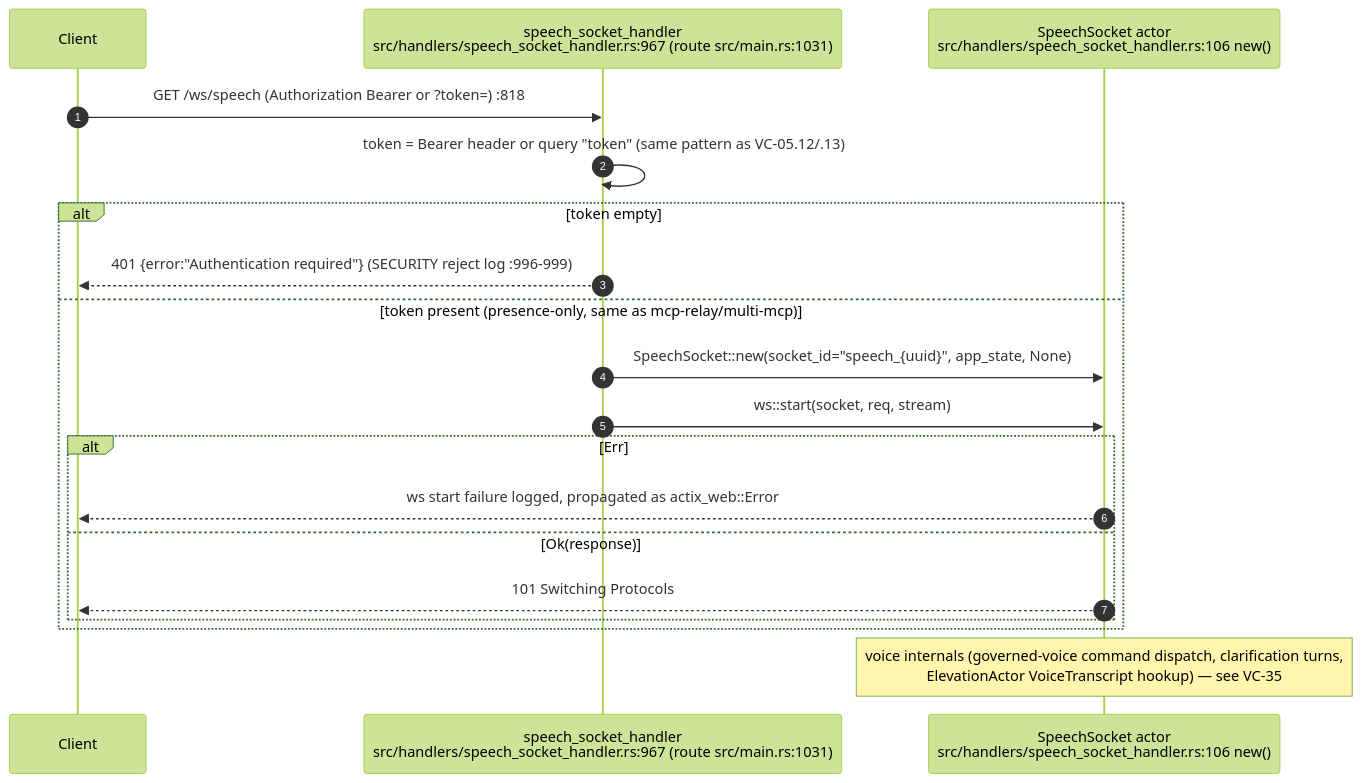
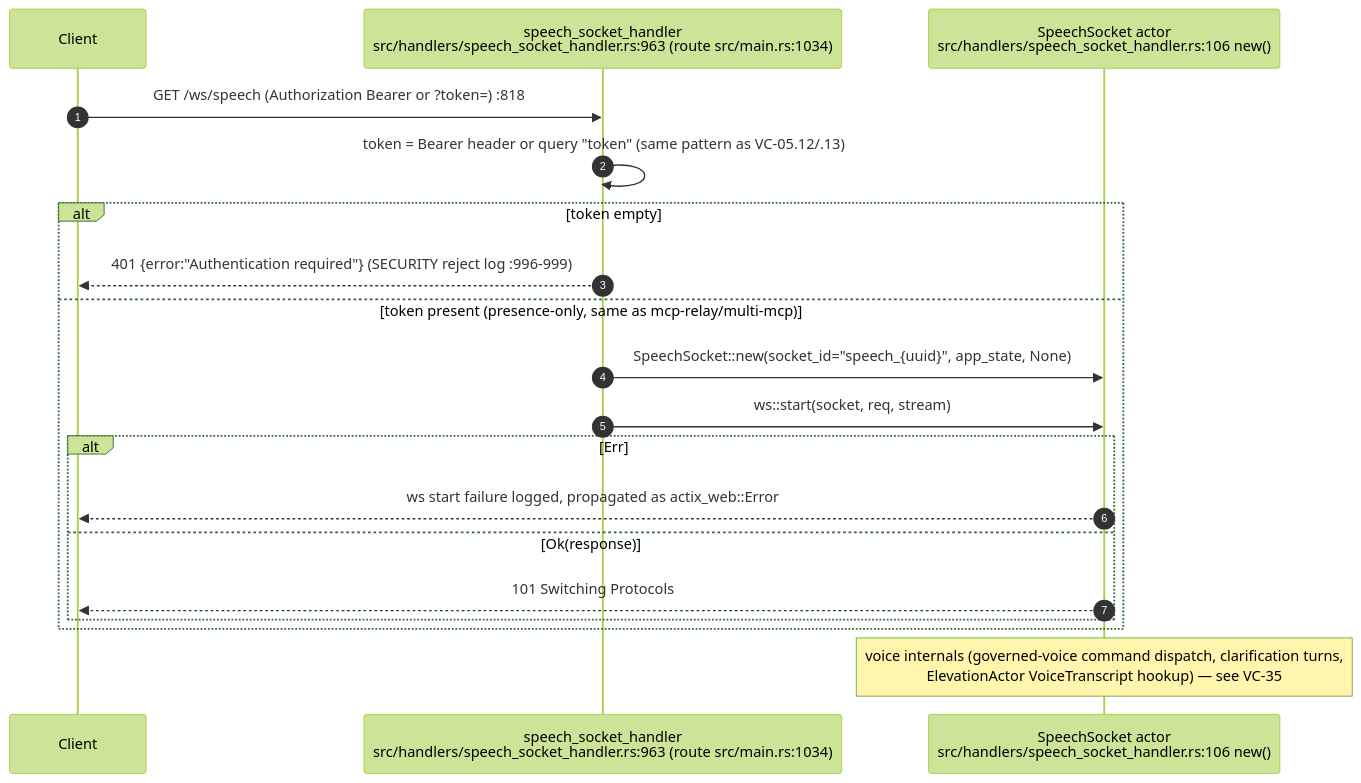
Before and after one commit to DreamLab-AI/AR-AI-Knowledge-Graph: diagram 16 of 18 in docs/diagrams/visionclaw/05-handlers-governance-and-identity.md, drawn with Mermaid (forest theme). The commit also changed other lines of this file and 73 other files, not shown here.

First line of the commit message:
docs(diagrams): re-verify all 71 topic files against HEAD; add --cite-check

````diff
--- a/docs/diagrams/visionclaw/05-handlers-governance-and-identity.md
+++ b/docs/diagrams/visionclaw/05-handlers-governance-and-identity.md
@@ -775,22 +775,22 @@
 ```mermaid
 sequenceDiagram
     autonumber
     participant C as Client
-    participant H as speech_socket_handler<br/>src/handlers/speech_socket_handler.rs:967 (route src/main.rs:1031)
+    participant H as speech_socket_handler<br/>src/handlers/speech_socket_handler.rs:963 (route src/main.rs:1034)
     participant SS as SpeechSocket actor<br/>src/handlers/speech_socket_handler.rs:106 new()
 
     C->>H: GET /ws/speech (Authorization Bearer or ?token=) :818
     H->>H: token = Bearer header or query "token" (same pattern as VC-05.12/.13)
     alt token empty
         H-->>C: 401 {error:"Authentication required"} (SECURITY reject log :996-999)
     else token present (presence-only, same as mcp-relay/multi-mcp)
         H->>SS: SpeechSocket::new(socket_id="speech_{uuid}", app_state, None)
         H->>SS: ws::start(socket, req, stream)
         alt Err
             SS-->>C: ws start failure logged, propagated as actix_web::Error
         else Ok(response)
             SS-->>C: 101 Switching Protocols
         end
     end
     Note over SS: voice internals (governed-voice command dispatch, clarification turns,<br/>ElevationActor VoiceTranscript hookup) — see VC-35
 ```
````
